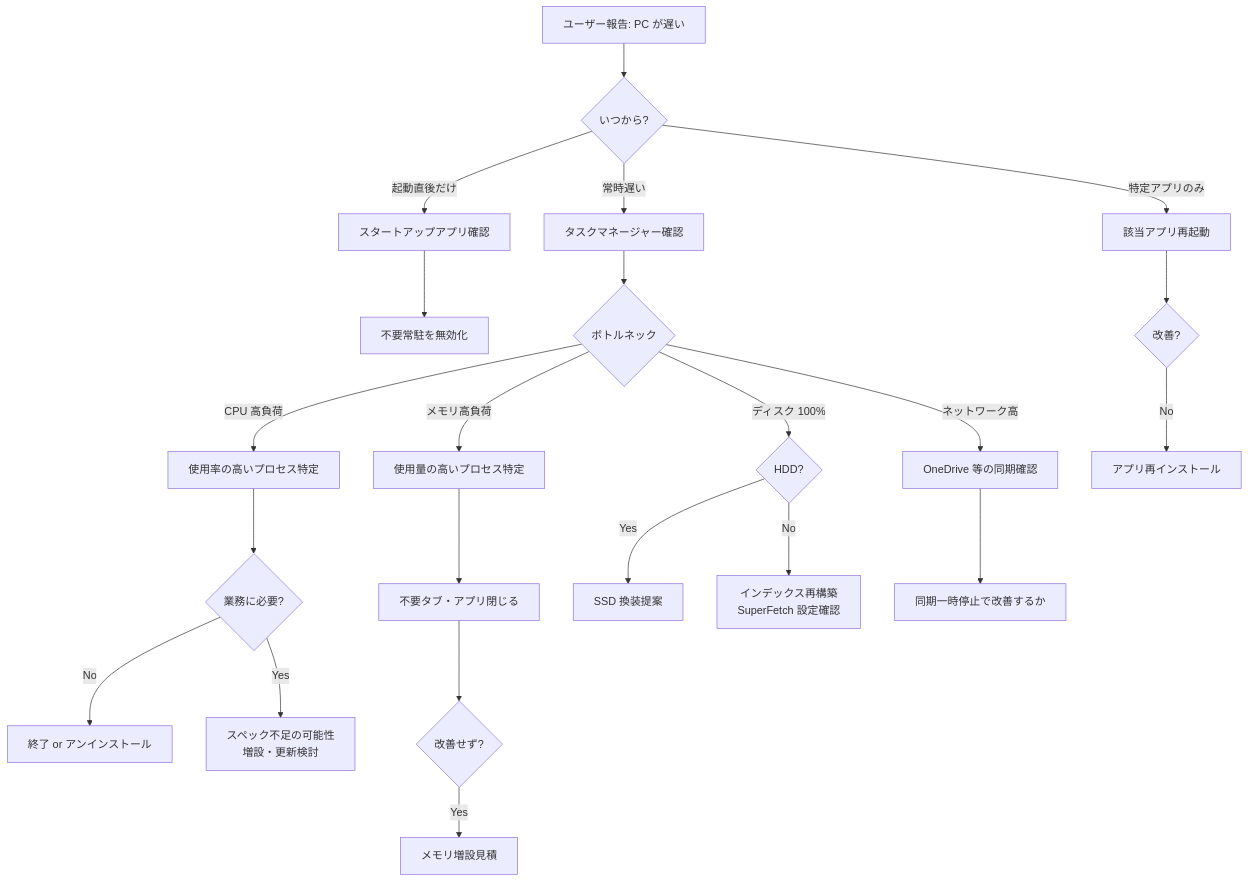
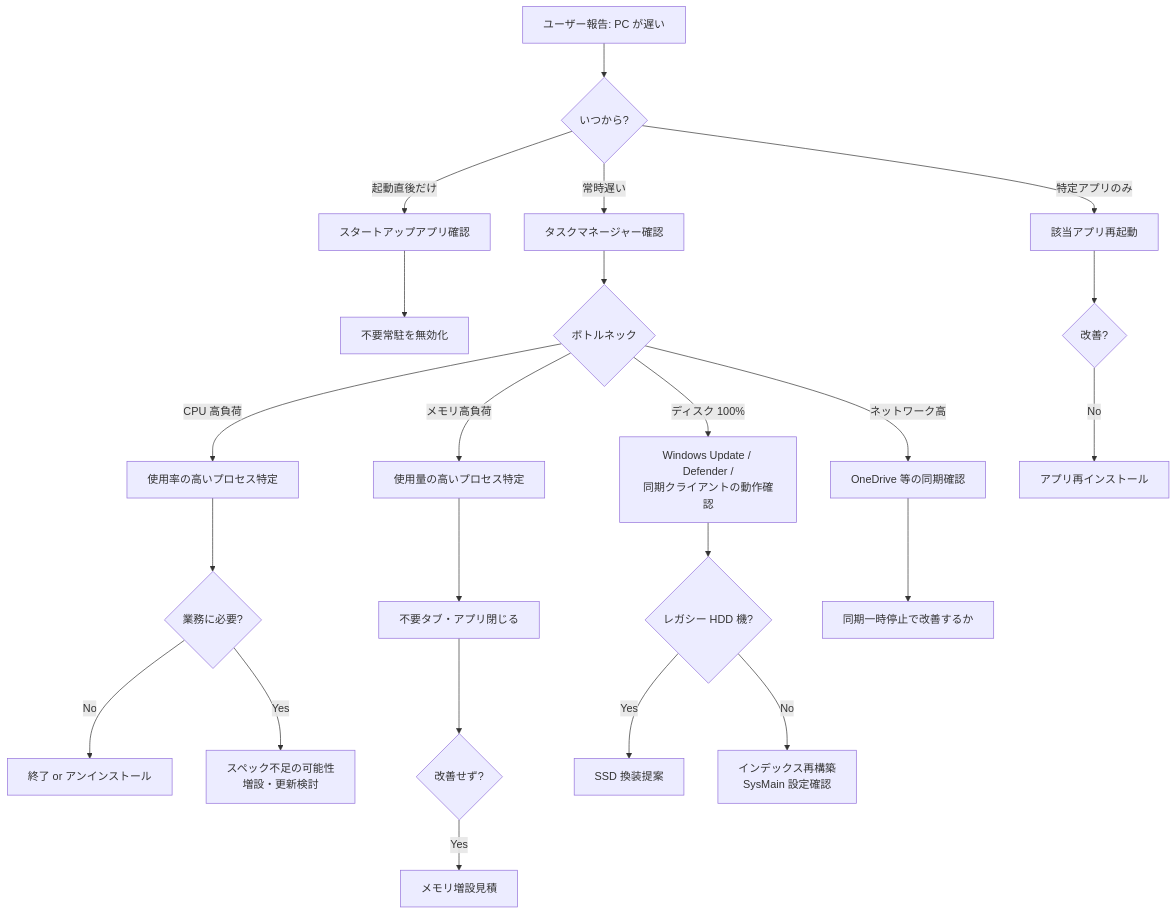
Before and after one commit to ns7jp/ns7jp: the fourth of 6 diagrams in docs/it-support/troubleshooting.md, drawn with Mermaid. The commit also changed 32 other files, not shown here.

````diff
--- a/docs/it-support/troubleshooting.md
+++ b/docs/it-support/troubleshooting.md
@@ -103,31 +103,32 @@
 ```mermaid
 flowchart TD
     A[ユーザー報告: PC が遅い] --> B{いつから?}
 
     B -- 起動直後だけ --> C[スタートアップアプリ確認]
     C --> C1[不要常駐を無効化]
 
     B -- 常時遅い --> D[タスクマネージャー確認]
     D --> D1{ボトルネック}
 
     D1 -- CPU 高負荷 --> E[使用率の高いプロセス特定]
     E --> E1{業務に必要?}
     E1 -- No --> E2[終了 or アンインストール]
     E1 -- Yes --> E3[スペック不足の可能性<br/>増設・更新検討]
 
     D1 -- メモリ高負荷 --> F[使用量の高いプロセス特定]
     F --> F1[不要タブ・アプリ閉じる]
     F1 --> F2{改善せず?}
     F2 -- Yes --> F3[メモリ増設見積]
 
-    D1 -- ディスク 100% --> G{HDD?}
-    G -- Yes --> G1[SSD 換装提案]
-    G -- No --> G2[インデックス再構築<br/>SuperFetch 設定確認]
+    D1 -- ディスク 100% --> G[Windows Update / Defender /<br/>同期クライアントの動作確認]
+    G --> G0{レガシー HDD 機?}
+    G0 -- Yes --> G1[SSD 換装提案]
+    G0 -- No --> G2[インデックス再構築<br/>SysMain 設定確認]
 
     D1 -- ネットワーク高 --> H[OneDrive 等の同期確認]
     H --> H1[同期一時停止で改善するか]
 
     B -- 特定アプリのみ --> I[該当アプリ再起動]
     I --> I1{改善?}
     I1 -- No --> I2[アプリ再インストール]
 ```
````
